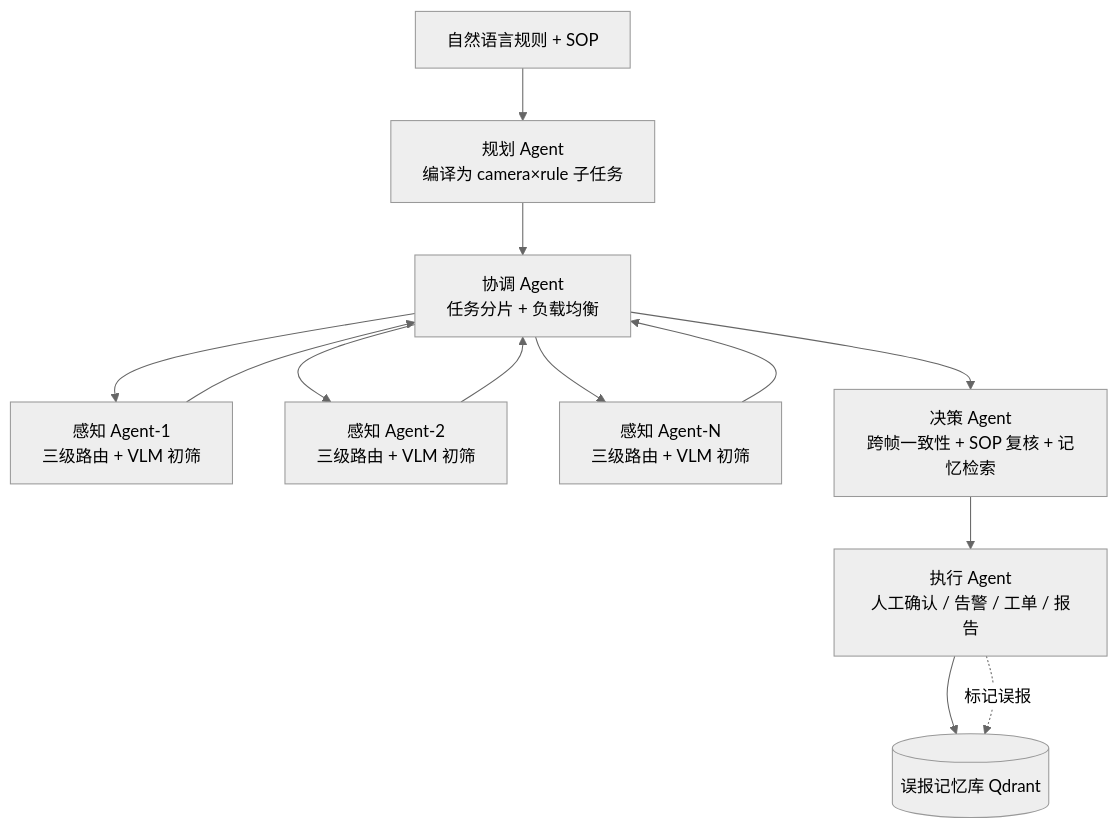
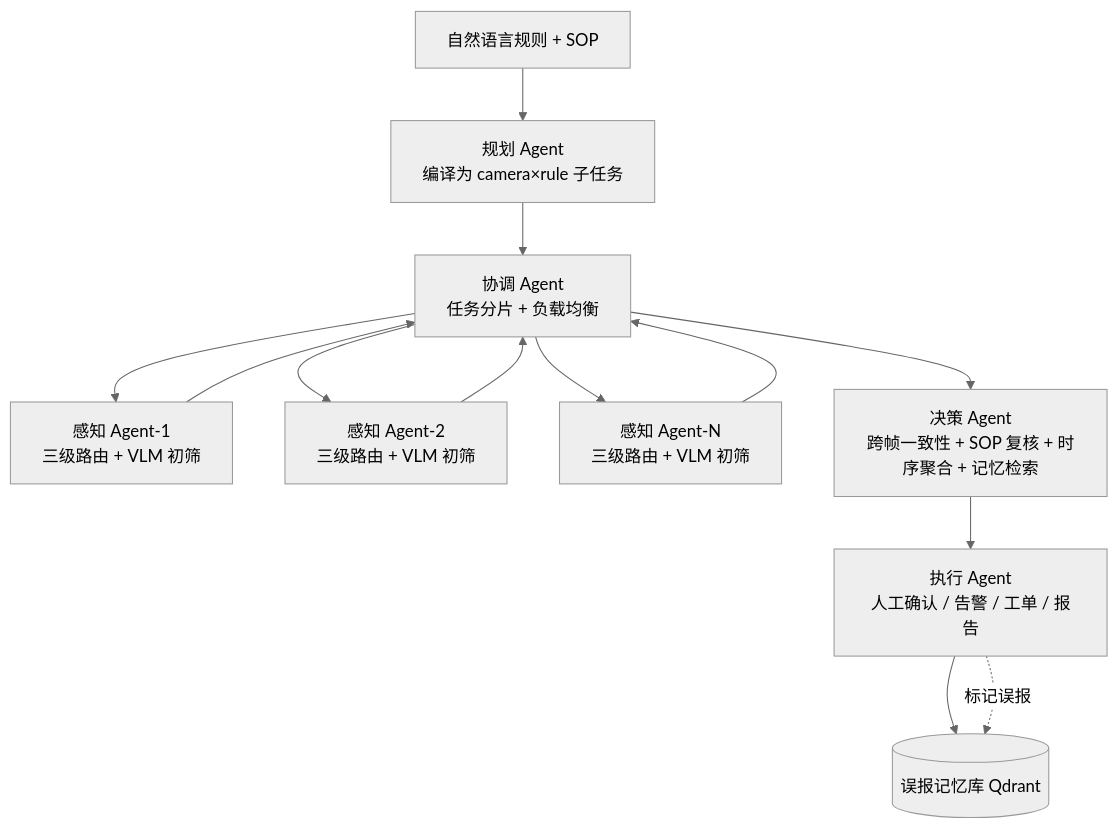
Before and after one commit to SaTsuki822/MultiAgent-VideoAnalysis: the diagram in README.md, drawn with Mermaid (neutral theme). The commit also changed other lines of this file, not shown here.

````diff
--- a/README.md
+++ b/README.md
@@ -26,15 +26,15 @@
 ```mermaid
 flowchart TD
     R[自然语言规则 + SOP] --> PL[规划 Agent<br/>编译为 camera×rule 子任务]
     PL --> OR[协调 Agent<br/>任务分片 + 负载均衡]
     OR --> PE1[感知 Agent-1<br/>三级路由 + VLM 初筛]
     OR --> PE2[感知 Agent-2<br/>三级路由 + VLM 初筛]
     OR --> PEN[感知 Agent-N<br/>三级路由 + VLM 初筛]
     PE1 --> OR
     PE2 --> OR
     PEN --> OR
-    OR --> DE[决策 Agent<br/>跨帧一致性 + SOP 复核 + 记忆检索]
+    OR --> DE[决策 Agent<br/>跨帧一致性 + SOP 复核 + 时序聚合 + 记忆检索]
     DE --> AC[执行 Agent<br/>人工确认 / 告警 / 工单 / 报告]
     AC --> FP[(误报记忆库 Qdrant)]
     AC -.标记误报.-> FP
 ```
````
